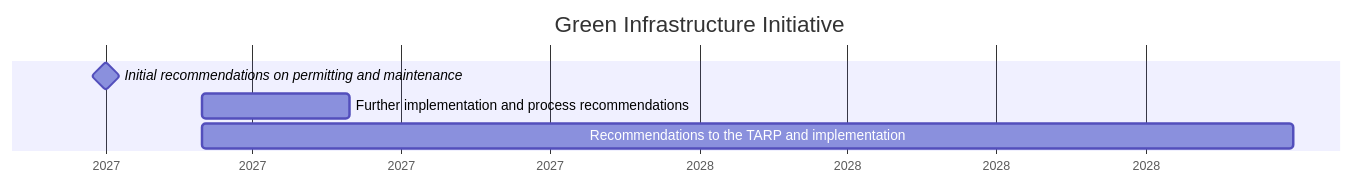
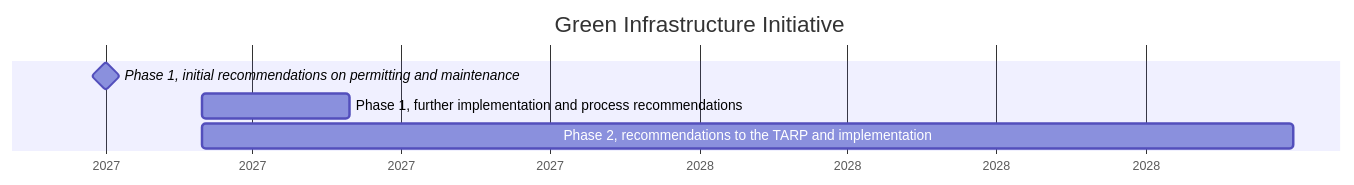
Before and after one commit to changesaroundme/calendars: diagram 27 of 40 in docs/projects.md, drawn with Mermaid. The commit also changed other lines of this file and 1 other file, not shown here.

````diff
--- a/docs/projects.md
+++ b/docs/projects.md
@@ -380,9 +534,9 @@
 ```mermaid
 gantt
     title Green Infrastructure Initiative
     dateFormat YYYY-MM-DD
     axisFormat %Y
-    Initial recommendations on permitting and maintenance :milestone, p1, 2027-01-01, 0d
-    Further implementation and process recommendations :p2, 2027-03-01, 2027-05-31
-    Recommendations to the TARP and implementation :p3, 2027-03-01, 2028-12-31
+    Phase 1, initial recommendations on permitting and maintenance :milestone, p1, 2027-01-01, 0d
+    Phase 1, further implementation and process recommendations :p2, 2027-03-01, 2027-05-31
+    Phase 2, recommendations to the TARP and implementation :p3, 2027-03-01, 2028-12-31
 ```
````
